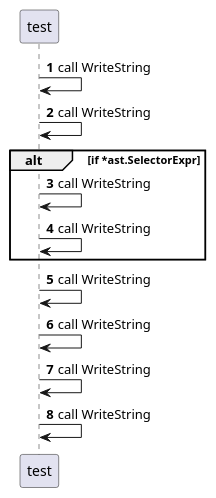
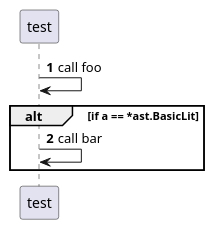
Before and after one commit to Yukun4119/lunar: the diagram in output/output.puml, drawn with PlantUML. The commit also changed 2 other files, not shown here.

```diff
--- a/output/output.puml
+++ b/output/output.puml
@@ -1,13 +1,7 @@
 @startuml
 autonumber
-test -> test: call WriteString
-test -> test: call WriteString
-alt if *ast.SelectorExpr
-test -> test: call WriteString
-test -> test: call WriteString
+test -> test: call foo
+alt if a == *ast.BasicLit
+test -> test: call bar
 end
-test -> test: call WriteString
-test -> test: call WriteString
-test -> test: call WriteString
-test -> test: call WriteString
 @enduml
```
